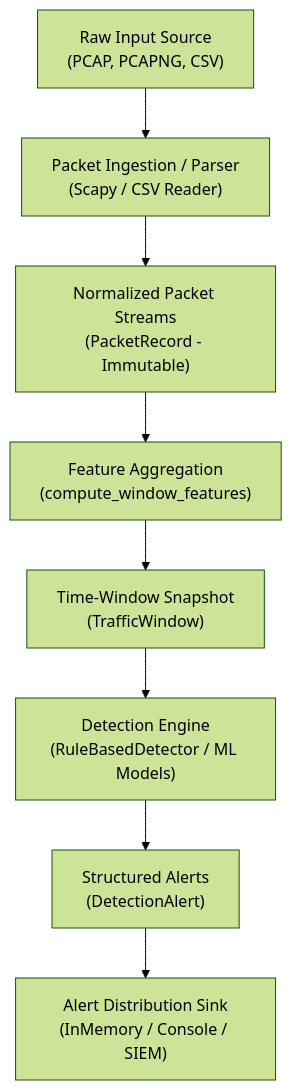
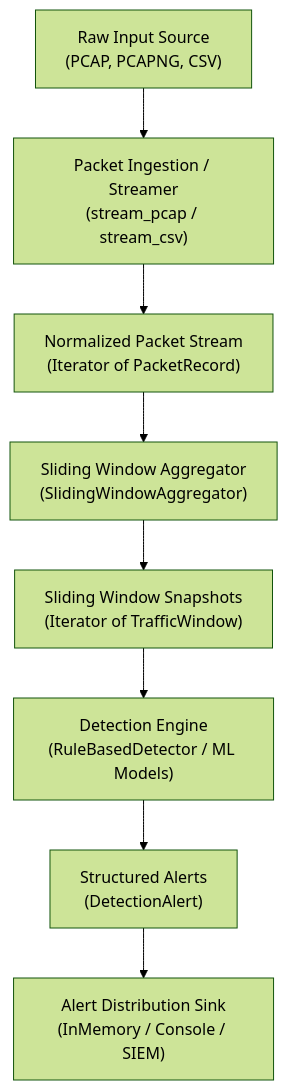
Before and after one commit to Karman1818/DoS-attack-detector: the first of 2 diagrams in docs/architecture.md, drawn with Mermaid (forest theme). The commit also changed other lines of this file and 9 other files, not shown here.

Commit message:
feat(features): add sliding window aggregator with Shannon entropy and DoS/DDoS classification

````diff
--- a/docs/architecture.md
+++ b/docs/architecture.md
@@ -25,10 +26,10 @@
 ```mermaid
 flowchart TD
-    A["Raw Input Source\n(PCAP, PCAPNG, CSV)"] --> B["Packet Ingestion / Parser\n(Scapy / CSV Reader)"]
-    B --> C["Normalized Packet Streams\n(PacketRecord - Immutable)"]
-    C --> D["Feature Aggregation\n(compute_window_features)"]
-    D --> E["Time-Window Snapshot\n(TrafficWindow)"]
+    A["Raw Input Source\n(PCAP, PCAPNG, CSV)"] --> B["Packet Ingestion / Streamer\n(stream_pcap / stream_csv)"]
+    B --> C["Normalized Packet Stream\n(Iterator of PacketRecord)"]
+    C --> D["Sliding Window Aggregator\n(SlidingWindowAggregator)"]
+    D --> E["Sliding Window Snapshots\n(Iterator of TrafficWindow)"]
     E --> F["Detection Engine\n(RuleBasedDetector / ML Models)"]
     F --> G["Structured Alerts\n(DetectionAlert)"]
     G --> H["Alert Distribution Sink\n(InMemory / Console / SIEM)"]
 ```
````
